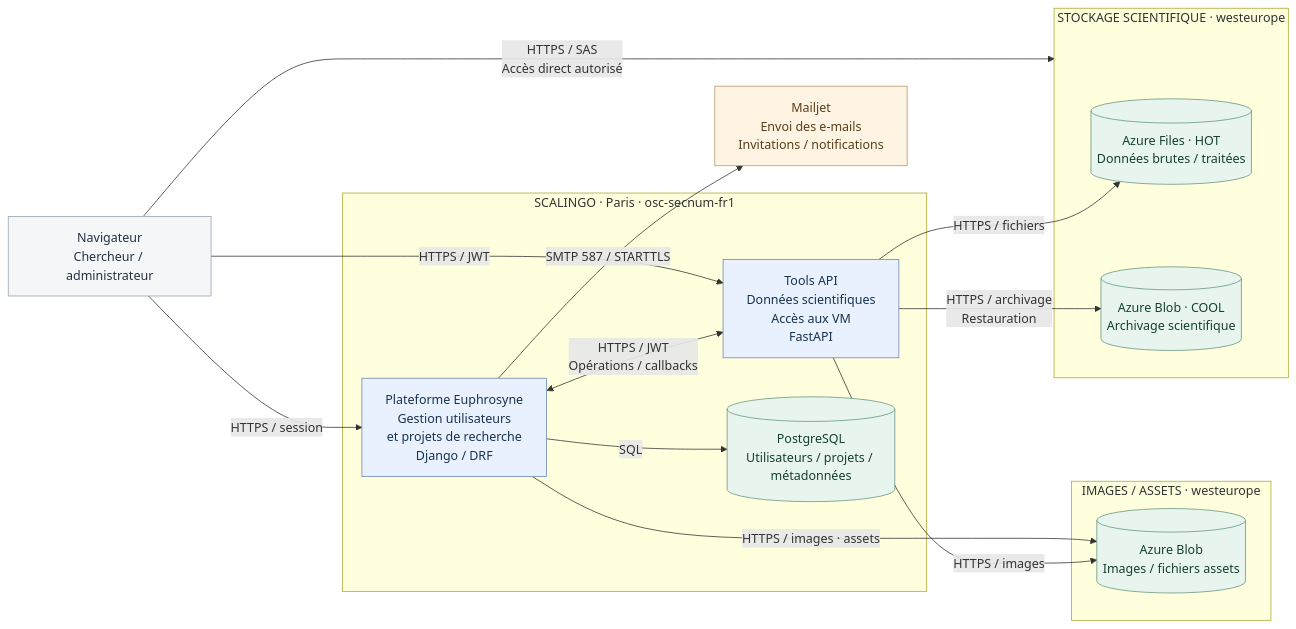
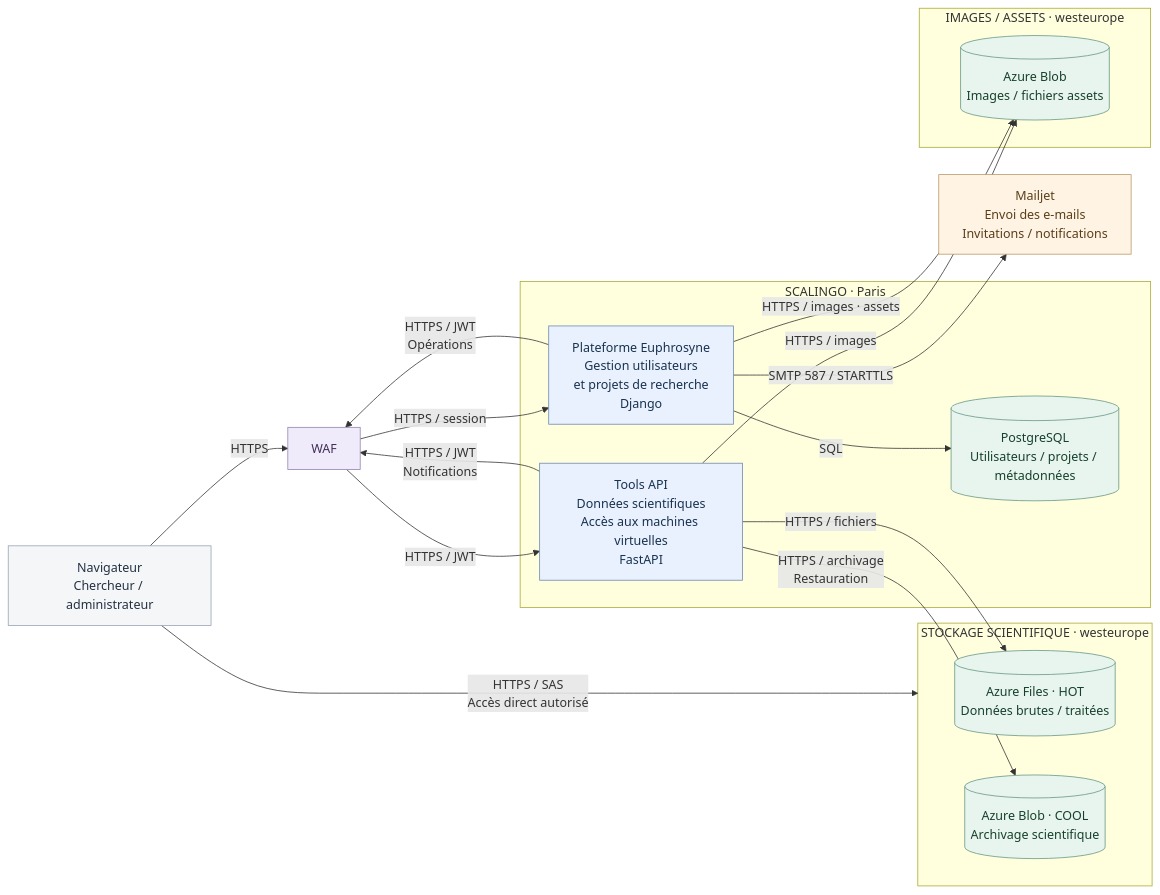
One commit to betagouv/euphrosyne changed the diagram in docs/technical_architecture_document/assets/services-plateforme.mmd. Above: the diagram before and after it, drawn with Mermaid. The commit also changed 14 other files, not shown here.

```diff
--- a/docs/technical_architecture_document/assets/services-plateforme.mmd
+++ b/docs/technical_architecture_document/assets/services-plateforme.mmd
@@ -1,35 +1,39 @@
 flowchart LR
   user["Navigateur<br/>Chercheur / administrateur"]
-  subgraph scale["SCALINGO · Paris · osc-secnum-fr1"]
-    portal["Plateforme Euphrosyne<br/>Gestion utilisateurs<br/>et projets de recherche<br/>Django / DRF"]
-    tools["Tools API<br/>Données scientifiques<br/>Accès aux VM<br/>FastAPI"]
+  subgraph scale["SCALINGO · Paris"]
+    portal["Plateforme Euphrosyne<br/>Gestion utilisateurs<br/>et projets de recherche<br/>Django"]
+    tools["Tools API<br/>Données scientifiques<br/>Accès aux machines virtuelles<br/>FastAPI"]
     pg[("PostgreSQL<br/>Utilisateurs / projets / métadonnées")]
-    portal <-->|"HTTPS / JWT<br/>Opérations / callbacks"| tools
     portal -->|"SQL"| pg
   end
   subgraph scientific["STOCKAGE SCIENTIFIQUE · westeurope"]
     hot[("Azure Files · HOT<br/>Données brutes / traitées")]
     cool[("Azure Blob · COOL<br/>Archivage scientifique")]
   end
   subgraph media["IMAGES / ASSETS · westeurope"]
     assets[("Azure Blob<br/>Images / fichiers assets")]
   end
+  waf["WAF"]
   mailjet["Mailjet<br/>Envoi des e-mails<br/>Invitations / notifications"]
-  user -->|"HTTPS / session"| portal
-  user -->|"HTTPS / JWT"| tools
+  user -->|"HTTPS"| waf
+  waf -->|"HTTPS / session"| portal
+  waf -->|"HTTPS / JWT"| tools
+  portal -->|"HTTPS / JWT<br/>Opérations"| waf
+  tools -->|"HTTPS / JWT<br/>Notifications"| waf
   user -->|"HTTPS / SAS<br/>Accès direct autorisé"| scientific
   tools -->|"HTTPS / fichiers"| hot
   tools -->|"HTTPS / archivage<br/>Restauration"| cool
   tools -->|"HTTPS / images"| assets
   portal -->|"HTTPS / images · assets"| assets
   portal -->|"SMTP 587 / STARTTLS"| mailjet
 
   classDef app fill:#e9f1ff,stroke:#6b87b0,color:#18324f;
   classDef data fill:#e7f5ee,stroke:#669681,color:#17402d;
   classDef access fill:#f5f6f8,stroke:#97a2b1,color:#243143;
   classDef external fill:#fff3e3,stroke:#b69969,color:#593f19;
   classDef control fill:#f0ebfa,stroke:#9480b1,color:#403057;
   class portal,tools app;
   class pg,hot,cool,assets data;
   class user access;
   class mailjet external;
+  class waf control;
```
